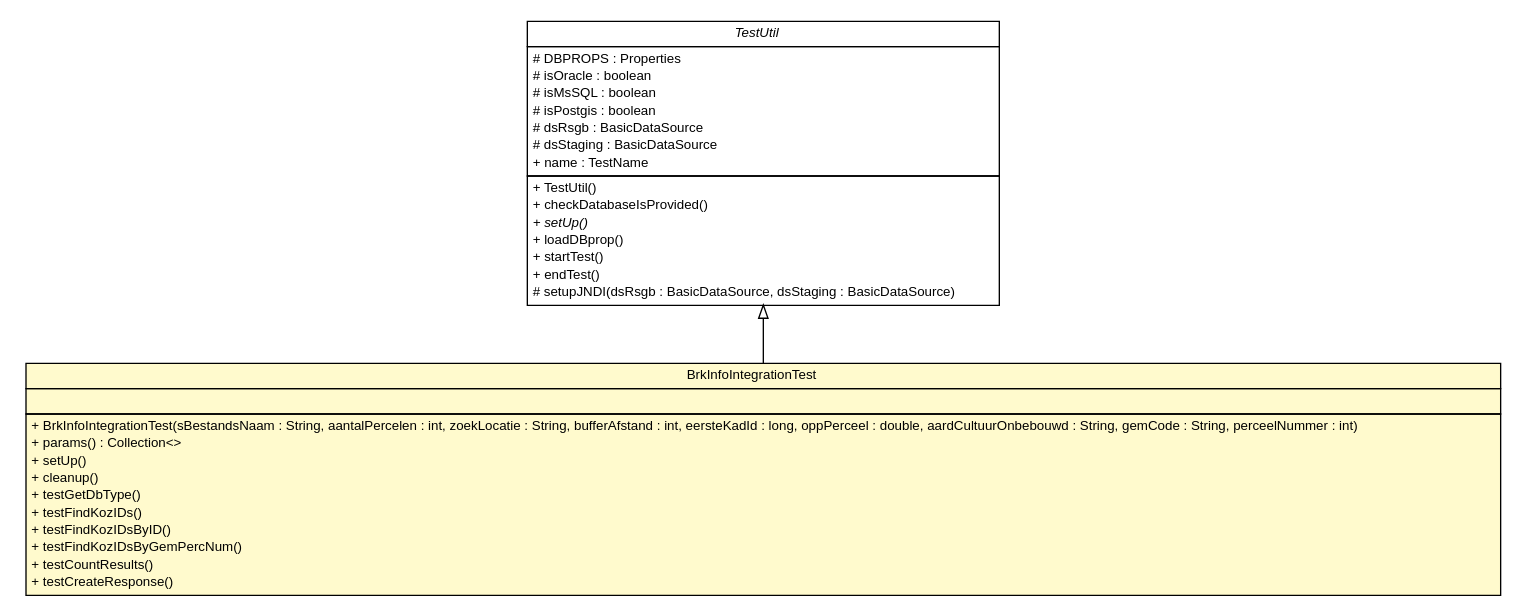
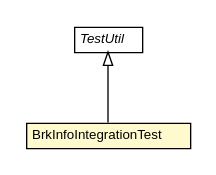
The diagram in brmo-soap/testapidocs/nl/b3p/brmo/soap/db/BrkInfoIntegrationTest.dot (B3Partners/brmo), drawn with Graphviz before and after one commit. The commit also changed 280 other files, not shown here.

```diff
--- a/brmo-soap/testapidocs/nl/b3p/brmo/soap/db/BrkInfoIntegrationTest.dot
+++ b/brmo-soap/testapidocs/nl/b3p/brmo/soap/db/BrkInfoIntegrationTest.dot
@@ -1,59 +1,26 @@
 #!/usr/local/bin/dot
 #
 # Class diagram 
 # Generated by UMLGraph version R5_6-24-gf6e263 (http://www.umlgraph.org/)
 #
 
 digraph G {
 	edge [fontname="Helvetica",fontsize=10,labelfontname="Helvetica",labelfontsize=10];
 	node [fontname="Helvetica",fontsize=10,shape=plaintext];
 	nodesep=0.25;
 	ranksep=0.5;
 	// nl.b3p.brmo.soap.db.TestUtil
-	c11 [label=<<table title="nl.b3p.brmo.soap.db.TestUtil" border="0" cellborder="1" cellspacing="0" cellpadding="2" port="p" href="./TestUtil.html">
+	c5 [label=<<table title="nl.b3p.brmo.soap.db.TestUtil" border="0" cellborder="1" cellspacing="0" cellpadding="2" port="p" href="./TestUtil.html">
 		<tr><td><table border="0" cellspacing="0" cellpadding="1">
 <tr><td align="center" balign="center"><font face="Helvetica-Oblique"> TestUtil </font></td></tr>
 		</table></td></tr>
-		<tr><td><table border="0" cellspacing="0" cellpadding="1">
-<tr><td align="left" balign="left"> # DBPROPS : Properties </td></tr>
-<tr><td align="left" balign="left"> # isOracle : boolean </td></tr>
-<tr><td align="left" balign="left"> # isMsSQL : boolean </td></tr>
-<tr><td align="left" balign="left"> # isPostgis : boolean </td></tr>
-<tr><td align="left" balign="left"> # dsRsgb : BasicDataSource </td></tr>
-<tr><td align="left" balign="left"> # dsStaging : BasicDataSource </td></tr>
-<tr><td align="left" balign="left"> + name : TestName </td></tr>
-		</table></td></tr>
-		<tr><td><table border="0" cellspacing="0" cellpadding="1">
-<tr><td align="left" balign="left"> + TestUtil() </td></tr>
-<tr><td align="left" balign="left"> + checkDatabaseIsProvided() </td></tr>
-<tr><td align="left" balign="left"><font face="Helvetica-Oblique" point-size="10.0"> + setUp() </font></td></tr>
-<tr><td align="left" balign="left"> + loadDBprop() </td></tr>
-<tr><td align="left" balign="left"> + startTest() </td></tr>
-<tr><td align="left" balign="left"> + endTest() </td></tr>
-<tr><td align="left" balign="left"> # setupJNDI(dsRsgb : BasicDataSource, dsStaging : BasicDataSource) </td></tr>
-		</table></td></tr>
 		</table>>, URL="./TestUtil.html", fontname="Helvetica", fontcolor="black", fontsize=10.0];
 	// nl.b3p.brmo.soap.db.BrkInfoIntegrationTest
-	c14 [label=<<table title="nl.b3p.brmo.soap.db.BrkInfoIntegrationTest" border="0" cellborder="1" cellspacing="0" cellpadding="2" port="p" bgcolor="lemonChiffon" href="./BrkInfoIntegrationTest.html">
+	c8 [label=<<table title="nl.b3p.brmo.soap.db.BrkInfoIntegrationTest" border="0" cellborder="1" cellspacing="0" cellpadding="2" port="p" bgcolor="lemonChiffon" href="./BrkInfoIntegrationTest.html">
 		<tr><td><table border="0" cellspacing="0" cellpadding="1">
 <tr><td align="center" balign="center"> BrkInfoIntegrationTest </td></tr>
 		</table></td></tr>
-		<tr><td><table border="0" cellspacing="0" cellpadding="1">
-<tr><td align="left" balign="left">  </td></tr>
-		</table></td></tr>
-		<tr><td><table border="0" cellspacing="0" cellpadding="1">
-<tr><td align="left" balign="left"> + BrkInfoIntegrationTest(sBestandsNaam : String, aantalPercelen : int, zoekLocatie : String, bufferAfstand : int, eersteKadId : long, oppPerceel : double, aardCultuurOnbebouwd : String, gemCode : String, perceelNummer : int) </td></tr>
-<tr><td align="left" balign="left"> + params() : Collection&lt;&gt; </td></tr>
-<tr><td align="left" balign="left"> + setUp() </td></tr>
-<tr><td align="left" balign="left"> + cleanup() </td></tr>
-<tr><td align="left" balign="left"> + testGetDbType() </td></tr>
-<tr><td align="left" balign="left"> + testFindKozIDs() </td></tr>
-<tr><td align="left" balign="left"> + testFindKozIDsByID() </td></tr>
-<tr><td align="left" balign="left"> + testFindKozIDsByGemPercNum() </td></tr>
-<tr><td align="left" balign="left"> + testCountResults() </td></tr>
-<tr><td align="left" balign="left"> + testCreateResponse() </td></tr>
-		</table></td></tr>
 		</table>>, URL="./BrkInfoIntegrationTest.html", fontname="Helvetica", fontcolor="black", fontsize=10.0];
 	//nl.b3p.brmo.soap.db.BrkInfoIntegrationTest extends nl.b3p.brmo.soap.db.TestUtil
-	c11:p -> c14:p [dir=back,arrowtail=empty];
+	c5:p -> c8:p [dir=back,arrowtail=empty];
 }
```
